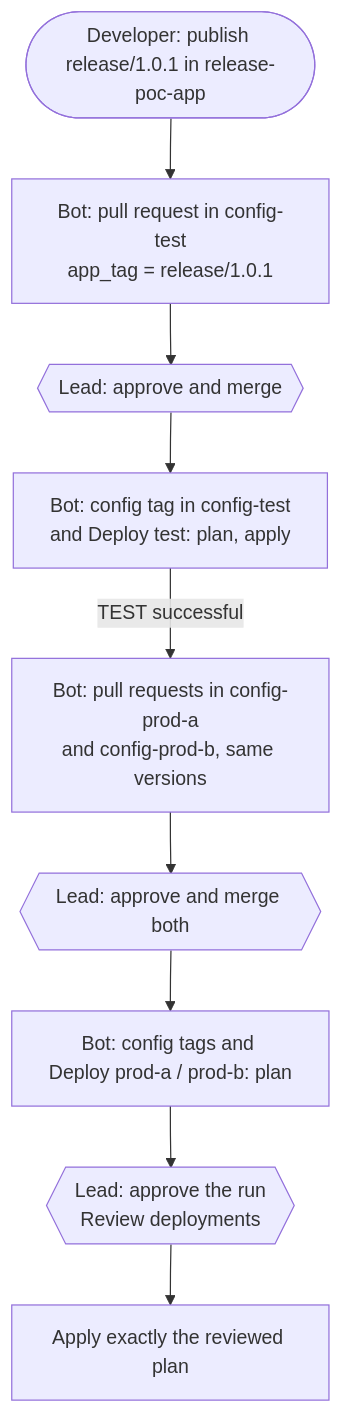
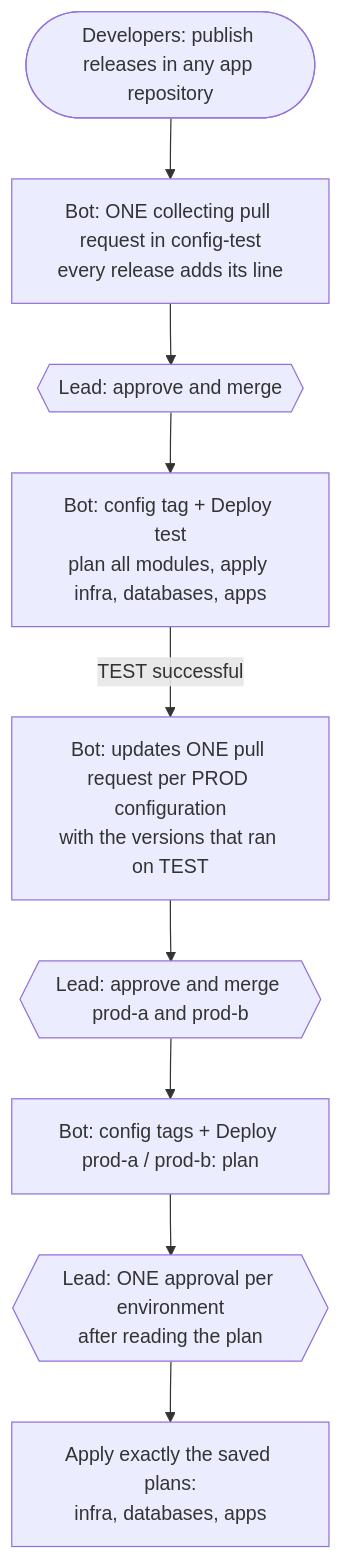
Before and after one commit to christianlehnert/release-poc-deployment: the diagram in README.md, drawn with Mermaid. The commit also changed other lines of this file and 9 other files, not shown here.

Commit message:
Full deployment: modules infra/databases/apps, one approval, saved plans, collecting PR, rolling promote, Node 24 actions

````diff
--- a/README.md
+++ b/README.md
@@ -17,11 +17,11 @@
 ```mermaid
 flowchart TD
-    D([Developer: publish release/1.0.1 in release-poc-app]) --> B1[Bot: pull request in config-test<br/>app_tag = release/1.0.1]
+    D([Developers: publish releases in any app repository]) --> B1[Bot: ONE collecting pull request in config-test<br/>every release adds its line]
     B1 --> L1{{Lead: approve and merge}}
-    L1 --> B2[Bot: config tag in config-test<br/>and Deploy test: plan, apply]
-    B2 -->|TEST successful| B3[Bot: pull requests in config-prod-a<br/>and config-prod-b, same versions]
-    B3 --> L2{{Lead: approve and merge both}}
-    L2 --> B4[Bot: config tags and Deploy prod-a / prod-b: plan]
-    B4 --> L3{{Lead: approve the run<br/>Review deployments}}
-    L3 --> A[Apply exactly the reviewed plan]
+    L1 --> B2[Bot: config tag + Deploy test<br/>plan all modules, apply infra, databases, apps]
+    B2 -->|TEST successful| B3[Bot: updates ONE pull request per PROD configuration<br/>with the versions that ran on TEST]
+    B3 --> L2{{Lead: approve and merge prod-a and prod-b}}
+    L2 --> B4[Bot: config tags + Deploy prod-a / prod-b: plan]
+    B4 --> L3{{Lead: ONE approval per environment<br/>after reading the plan}}
+    L3 --> A[Apply exactly the saved plans:<br/>infra, databases, apps]
 ```
````
